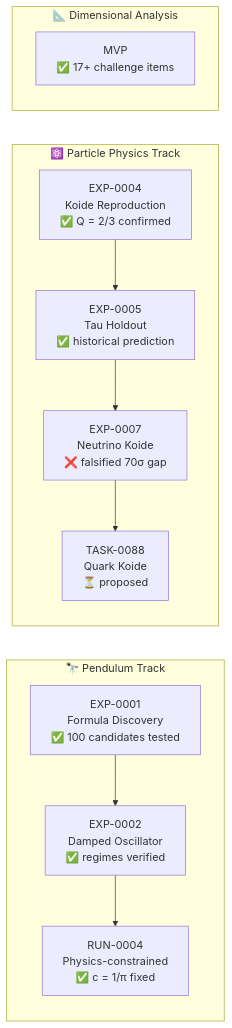
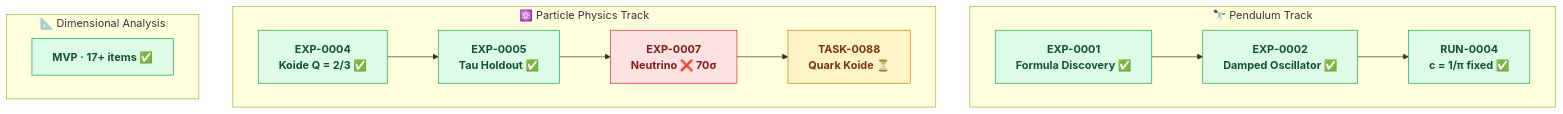
The second of 3 diagrams in README.md (open-agent-science/autonomous-physics-lab), drawn with Mermaid before and after one commit. The commit also changed other lines of this file and 1 other file, not shown here.

First line of the commit message:
docs(task-0095): redesign diagrams with colors, simplified work paths, horizontal tracks

````diff
--- a/README.md
+++ b/README.md
@@ -108,18 +113,21 @@
 ```mermaid
-flowchart LR
+flowchart TB
+    classDef done fill:#dcfce7,stroke:#16a34a,color:#14532d,font-weight:bold
+    classDef fail fill:#fee2e2,stroke:#dc2626,color:#7f1d1d,font-weight:bold
+    classDef next fill:#fef3c7,stroke:#d97706,color:#78350f,font-weight:bold
+
     subgraph Pendulum["🔭 Pendulum Track"]
-        direction TB
-        P1["EXP-0001\nFormula Discovery\n✅ 100 candidates tested"] --> P2["EXP-0002\nDamped Oscillator\n✅ regimes verified"]
-        P2 --> P3["RUN-0004\nPhysics-constrained\n✅ c = 1/π fixed"]
+        direction LR
+        P1["EXP-0001\nFormula Discovery ✅"]:::done --> P2["EXP-0002\nDamped Oscillator ✅"]:::done --> P3["RUN-0004\nc = 1/π fixed ✅"]:::done
     end
+
     subgraph Particle["⚛️ Particle Physics Track"]
-        direction TB
-        K1["EXP-0004\nKoide Reproduction\n✅ Q = 2/3 confirmed"] --> K2["EXP-0005\nTau Holdout\n✅ historical prediction"]
-        K2 --> K3["EXP-0007\nNeutrino Koide\n❌ falsified 70σ gap"]
-        K3 --> K4["TASK-0088\nQuark Koide\n⏳ proposed"]
+        direction LR
+        K1["EXP-0004\nKoide Q = 2/3 ✅"]:::done --> K2["EXP-0005\nTau Holdout ✅"]:::done --> K3["EXP-0007\nNeutrino ❌ 70σ"]:::fail --> K4["TASK-0088\nQuark Koide ⏳"]:::next
     end
+
     subgraph DA["📐 Dimensional Analysis"]
-        direction TB
-        D1["MVP\n✅ 17+ challenge items"]
+        direction LR
+        D1["MVP · 17+ items ✅"]:::done
     end
 ```
````
